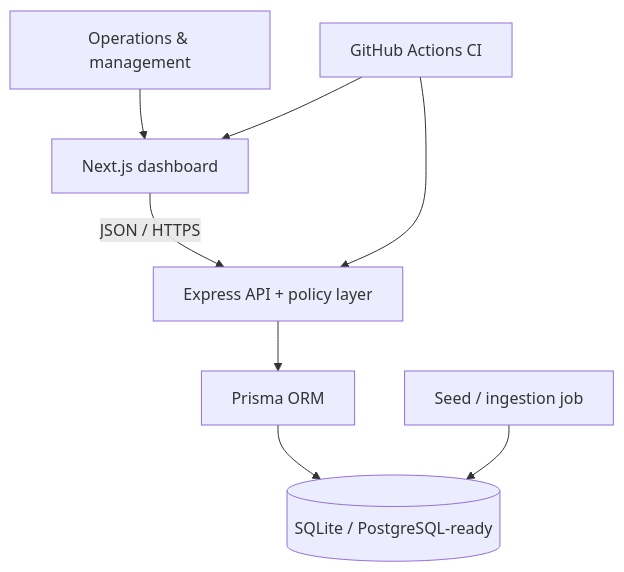
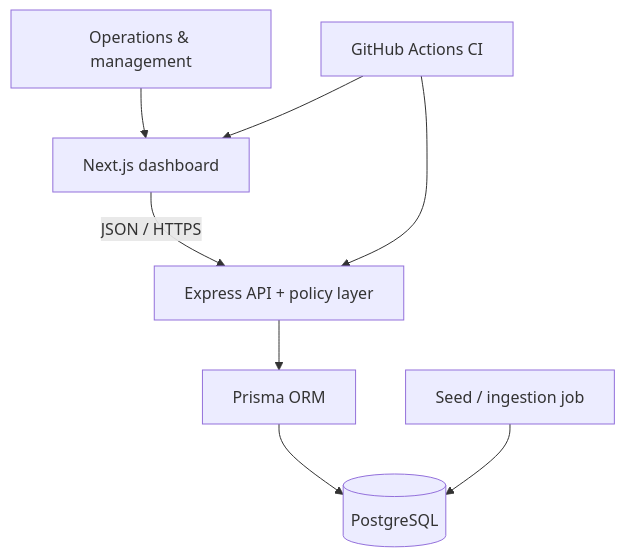
Before and after one commit to mohit231007/enterprise-sla-monitor: the second of 2 diagrams in README.md, drawn with Mermaid. The commit also changed other lines of this file and 15 other files, not shown here.

First line of the commit message:
feat: deploy Branch360 with Supabase PostgreSQL

````diff
--- a/README.md
+++ b/README.md
@@ -57,10 +90,10 @@
 ```mermaid
 flowchart TB
   User["Operations & management"] --> Web["Next.js dashboard"]
   Web -->|"JSON / HTTPS"| API["Express API + policy layer"]
   API --> ORM["Prisma ORM"]
-  ORM --> DB[("SQLite / PostgreSQL-ready")]
+  ORM --> DB[("PostgreSQL")]
   Seeder["Seed / ingestion job"] --> DB
   CI["GitHub Actions CI"] --> API
   CI --> Web
 ```
````
